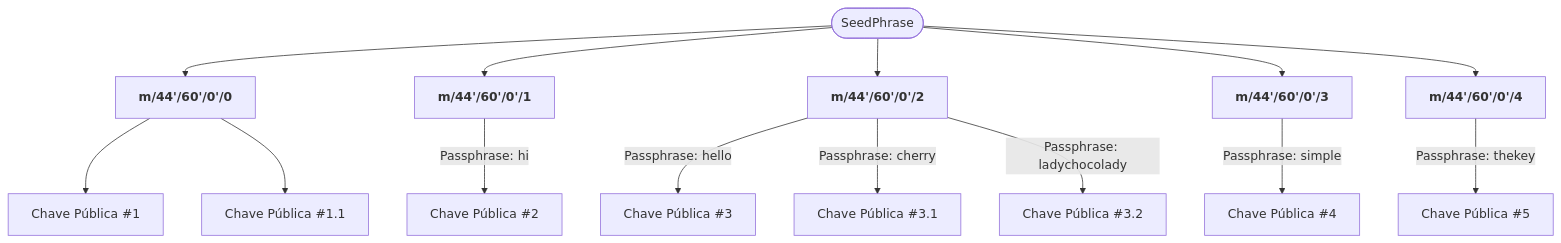
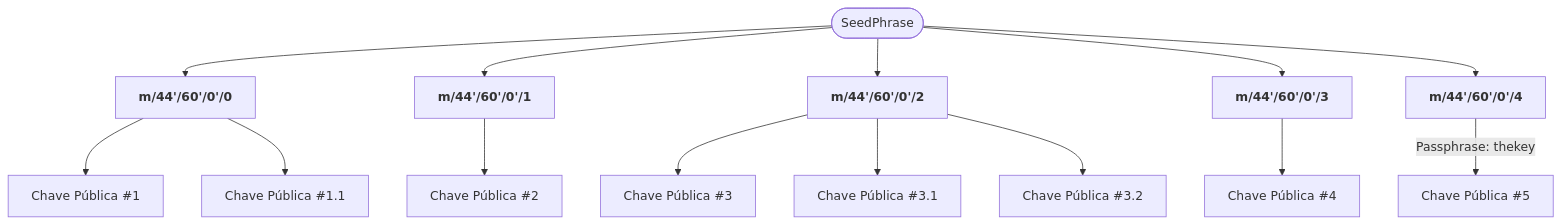
The seventh of 7 diagrams in LetsCoCreate/carteiras.md (ColcheteDAO/workshop), drawn with Mermaid before and after one commit.

Commit message:
chore: remove passphrase

````diff
--- a/LetsCoCreate/carteiras.md
+++ b/LetsCoCreate/carteiras.md
@@ -94,27 +94,27 @@
 ```mermaid
 flowchart TD
     n17@{ label: "<strong>m/44'/60'/0'/4</strong>" } -- "<span style=padding-left:><span style=padding-left:>Passphrase: thekey</span></span>" --> B@{ label: "<span style=\"padding-left:\"><span style=\"padding-left:\"><span style=\"padding-left:\"><span style=\"padding-left:\">Chave Pública #5</span></span></span></span>" }
     A(["SeedPhrase"]) -- <br> --> n1@{ label: "<span style=\"padding-left:\"><strong>m/44'/60'/0'/0</strong></span>" } & n2@{ label: "<span style=\"padding-left:\"><span style=\"padding-left:\"><strong>m/44'/60'/0'/1</strong></span></span>" } & n15@{ label: "<span style=\"padding-left:\"><span style=\"padding-left:\"><span style=\"padding-left:\"><strong>m/44'/60'/0'/2</strong></span></span></span>" } & n16@{ label: "<span style=\"padding-left:\"><span style=\"padding-left:\"><span style=\"padding-left:\"><span style=\"padding-left:\"><strong>m/44'/60'/0'/3</strong></span></span></span></span>" }
     A --> n17
     n1 --> n18@{ label: "<span style=\"padding-left:\">Chave Pública #1</span>" }
     n1 --> n22@{ label: "<span style=\"padding-left:\"><span style=\"padding-left:\">Chave Pública #1.1</span></span>" }
-    n2 -- "<span style=padding-left:><span style=padding-left:>Passphrase: hi</span></span>" --> n19@{ label: "<span style=\"padding-left:\"><span style=\"padding-left:\">Chave Pública #2</span></span>" }
-    n15 -- "<span style=padding-left:><span style=padding-left:>Passphrase: hello</span></span>" --> n20@{ label: "<span style=\"padding-left:\"><span style=\"padding-left:\"><span style=\"padding-left:\">Chave Pública #3</span></span></span>" }
-    n16 -- "<span style=padding-left:><span style=padding-left:>Passphrase: simple</span></span>" --> n21@{ label: "<span style=\"padding-left:\"><span style=\"padding-left:\"><span style=\"padding-left:\"><span style=\"padding-left:\">Chave Pública #4</span></span></span></span>" }
-    n15 -- "<span style=padding-left:><span style=padding-left:><span style=padding-left:>Passphrase: cherry</span></span></span>" --> n23@{ label: "<span style=\"padding-left:\"><span style=\"padding-left:\"><span style=\"padding-left:\"><span style=\"padding-left:\">Chave Pública #3.1</span></span></span></span>" }
-    n15 -- "<span style=padding-left:><span style=padding-left:><span style=padding-left:><span style=padding-left:>Passphrase: ladychocolady</span></span></span></span>" --> n24@{ label: "<span style=\"padding-left:\"><span style=\"padding-left:\"><span style=\"padding-left:\"><span style=\"padding-left:\"><span style=\"padding-left:\">Chave Pública #3.2</span></span></span></span></span>" }
+    n2 --> n19@{ label: "<span style=\"padding-left:\"><span style=\"padding-left:\">Chave Pública #2</span></span>" }
+    n15 --> n20@{ label: "<span style=\"padding-left:\"><span style=\"padding-left:\"><span style=\"padding-left:\">Chave Pública #3</span></span></span>" }
+    n16 --> n21@{ label: "<span style=\"padding-left:\"><span style=\"padding-left:\"><span style=\"padding-left:\"><span style=\"padding-left:\">Chave Pública #4</span></span></span></span>" }
+    n15 --> n23@{ label: "<span style=\"padding-left:\"><span style=\"padding-left:\"><span style=\"padding-left:\"><span style=\"padding-left:\">Chave Pública #3.1</span></span></span></span>" }
+    n15 --> n24@{ label: "<span style=\"padding-left:\"><span style=\"padding-left:\"><span style=\"padding-left:\"><span style=\"padding-left:\"><span style=\"padding-left:\">Chave Pública #3.2</span></span></span></span></span>" }
 
     n17@{ shape: rect}
     B@{ shape: rect}
     n1@{ shape: rect}
     n2@{ shape: rect}
     n15@{ shape: rect}
     n16@{ shape: rect}
     n18@{ shape: rect}
     n22@{ shape: rect}
     n19@{ shape: rect}
     n20@{ shape: rect}
     n21@{ shape: rect}
     n23@{ shape: rect}
     n24@{ shape: rect}
 ```
````
